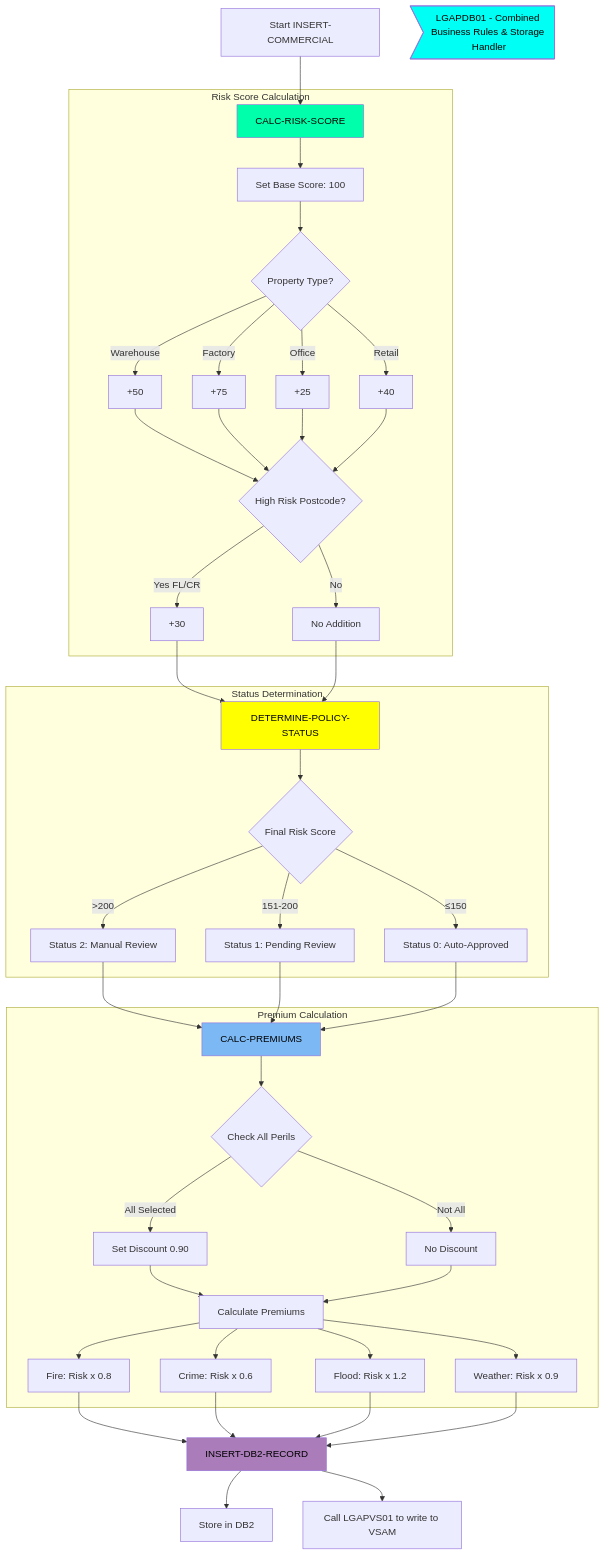
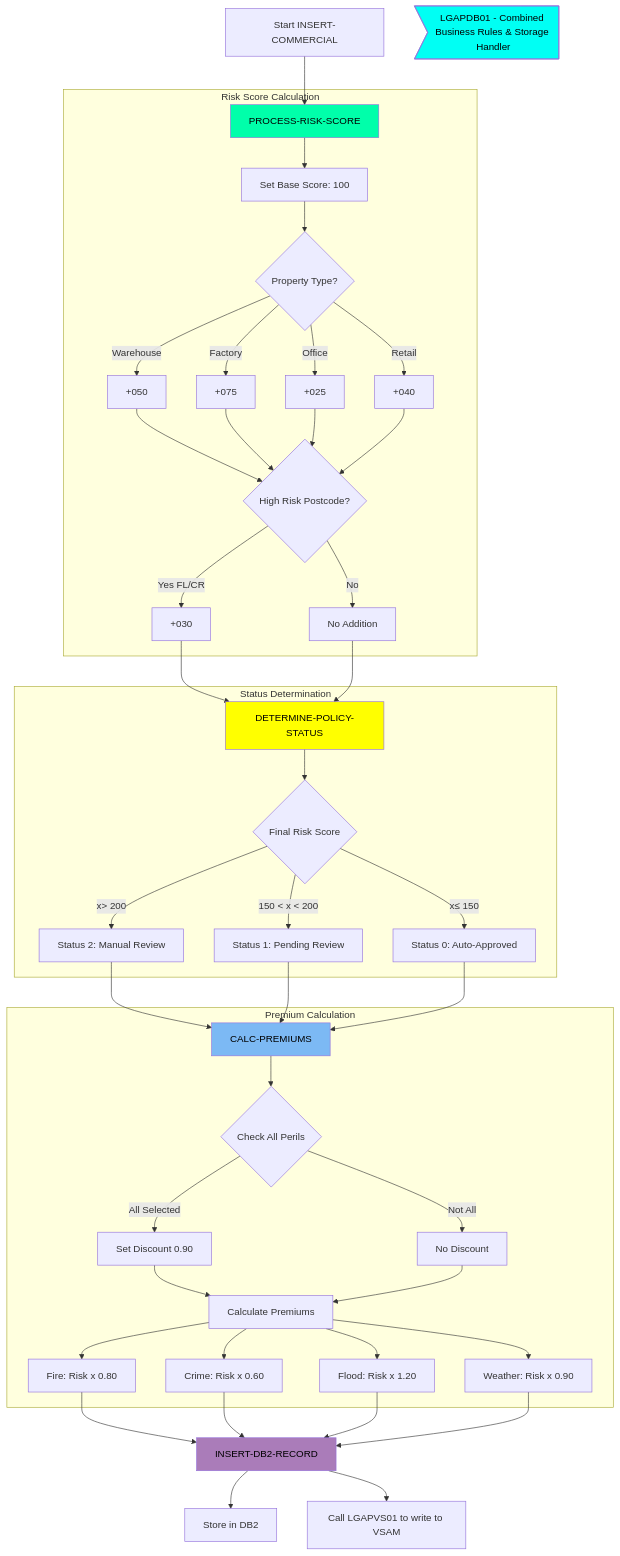
One commit to Swimm-Demo/kyndryl-cics-genapp changed the first of 5 diagrams in .swm/commercial-property-policy-management.ss2iskfn.sw.md. Above: the diagram before and after it, drawn with Mermaid. The commit also changed other lines of this file and 2 other files, not shown here.

````diff
--- a/.swm/commercial-property-policy-management.ss2iskfn.sw.md
+++ b/.swm/commercial-property-policy-management.ss2iskfn.sw.md
@@ -14,16 +14,16 @@
 ```mermaid
 flowchart TD
-    A[Start INSERT-COMMERCIAL] --> B[CALC-RISK-SCORE]:::a261ec6c4
+    A[Start INSERT-COMMERCIAL] --> B[PROCESS-RISK-SCORE]:::a261ec6c4
     label>LGAPDB01 - Combined Business Rules & Storage Handler]:::a4f5fbfea
     subgraph Risk Score Calculation
-        B --> C[Set Base Score: 100 ]
+        B --> C[Set Base Score: 100]
         C --> D{Property Type?}
-        D -->|Warehouse| E[+50]
-        D -->|Factory| F[+75]
-        D -->|Office| G[+25]
-        D -->|Retail| H[+40]
+        D -->|Warehouse| E[+050]
+        D -->|Factory| F[+075]
+        D -->|Office| G[+025]
+        D -->|Retail| H[+040]
         E & F & G & H --> I{High Risk Postcode?}
-        I -->|Yes FL/CR| J[+30]
+        I -->|Yes FL/CR| J[+030]
         I -->|No| K[No Addition]
     end
 
@@ -31,9 +31,9 @@
 
     subgraph Status Determination
         L --> M{Final Risk Score}
-        M -->|>200| N[Status 2: Manual Review]
-        M -->|151-200| O[Status 1: Pending Review]
-        M -->|≤150| P[Status 0: Auto-Approved]
+        M -->|x> 200 | N[Status 2: Manual Review]
+        M -->|150 < x < 200| O[Status 1: Pending Review]
+        M -->|x≤ 150| P[Status 0: Auto-Approved]
     end
 
     N & O & P --> Q[CALC-PREMIUMS]:::a0b8c7d0e
@@ -43,10 +43,10 @@
         R -->|All Selected| S[Set Discount 0.90]
         R -->|Not All| T[No Discount]
         S & T --> U[Calculate Premiums]
-        U --> V1[Fire: Risk x 0.8]
-        U --> V2[Crime: Risk x 0.6]
-        U --> V3[Flood: Risk x 1.2]
-        U --> V4[Weather: Risk x 0.9]
+        U --> V1[Fire: Risk x 0.80]
+        U --> V2[Crime: Risk x 0.60]
+        U --> V3[Flood: Risk x 1.20]
+        U --> V4[Weather: Risk x 0.90]
     end
 
     V1 & V2 & V3 & V4 --> W[INSERT-DB2-RECORD]:::a0298c687
@@ -59,4 +59,53 @@
 classDef a4271316e color:#000000,fill:#FFFF00
 classDef a0298c687 color:#000000,fill:#AA7CB9
 classDef a911b8d83 color:#000000,fill:#5afa0a
+
+%% Swimm:
+%% flowchart TD
+%%     A[Start INSERT-COMMERCIAL] --> B[<SwmToken path="/base/src/lgcomcal.cbl" pos="277:1:5" line-data="       PROCESS-RISK-SCORE.">`PROCESS-RISK-SCORE`</SwmToken>]:::a261ec6c4
+%%     label><SwmToken path="/base/src/lgapdb01.cbl" pos="2:6:6" line-data="       PROGRAM-ID. LGAPDB01.">`LGAPDB01`</SwmToken> - Combined Business Rules & Storage Handler]:::a4f5fbfea
+%%     subgraph Risk Score Calculation
+%%         B --> C[Set Base Score: <SwmToken path="/base/src/lgcomcal.cbl" pos="115:18:18" line-data="           03 WS-TM-BASE               PIC 9(3) VALUE 100.">`100`</SwmToken>]
+%%         C --> D{Property Type?}
+%%         D -->|Warehouse| E[+<SwmToken path="/base/src/lgcomdat.cpy" pos="77:20:20" line-data="                   07  RMS-PF-W-VAL     PIC 9(3) VALUE 050.">`050`</SwmToken>]
+%%         D -->|Factory| F[+<SwmToken path="/base/src/lgcomdat.cpy" pos="78:20:20" line-data="                   07  RMS-PF-F-VAL     PIC 9(3) VALUE 075.">`075`</SwmToken>]
+%%         D -->|Office| G[+<SwmToken path="/base/src/lgcomdat.cpy" pos="79:20:20" line-data="                   07  RMS-PF-O-VAL     PIC 9(3) VALUE 025.">`025`</SwmToken>]
+%%         D -->|Retail| H[+<SwmToken path="/base/src/lgcomdat.cpy" pos="80:20:20" line-data="                   07  RMS-PF-R-VAL     PIC 9(3) VALUE 040.">`040`</SwmToken>]
+%%         E & F & G & H --> I{High Risk Postcode?}
+%%         I -->|Yes FL/CR| J[+<SwmToken path="/base/src/lgcomdat.cpy" pos="86:20:20" line-data="                   07  RMS-GF-FL-VAL    PIC 9(3) VALUE 030.">`030`</SwmToken>]
+%%         I -->|No| K[No Addition]
+%%     end
+%% 
+%%     J & K --> L[<SwmToken path="/base/src/lgcomcal.cbl" pos="330:1:5" line-data="       DETERMINE-POLICY-STATUS.">`DETERMINE-POLICY-STATUS`</SwmToken>]:::a4271316e 
+%% 
+%%     subgraph Status Determination
+%%         L --> M{Final Risk Score}
+%%         M -->|x> <SwmToken path="/base/src/lgcomdat.cpy" pos="94:20:20" line-data="                   07  RMS-TH-L2-VAL    PIC 9(3) VALUE 200.">`200`</SwmToken> | N[Status 2: Manual Review]
+%%         M -->|<SwmToken path="/base/src/lgcomdat.cpy" pos="93:20:20" line-data="                   07  RMS-TH-L1-VAL    PIC 9(3) VALUE 150.">`150`</SwmToken> < x < <SwmToken path="/base/src/lgcomdat.cpy" pos="94:20:20" line-data="                   07  RMS-TH-L2-VAL    PIC 9(3) VALUE 200.">`200`</SwmToken>| O[Status 1: Pending Review]
+%%         M -->|x≤ <SwmToken path="/base/src/lgcomdat.cpy" pos="93:20:20" line-data="                   07  RMS-TH-L1-VAL    PIC 9(3) VALUE 150.">`150`</SwmToken>| P[Status 0: Auto-Approved]
+%%     end
+%% 
+%%     N & O & P --> Q[CALC-PREMIUMS]:::a0b8c7d0e
+%% 
+%%     subgraph Premium Calculation
+%%         Q --> R{Check All Perils}
+%%         R -->|All Selected| S[Set Discount <SwmToken path="/base/src/lgcomdat.cpy" pos="106:15:17" line-data="           03  RMS-DISCOUNT-FACTOR      PIC V99 VALUE 0.90.">`0.90`</SwmToken>]
+%%         R -->|Not All| T[No Discount]
+%%         S & T --> U[Calculate Premiums]
+%%         U --> V1[Fire: Risk x <SwmToken path="/base/src/lgcomdat.cpy" pos="102:17:19" line-data="                   07  RMS-PERF-F-VAL   PIC V99 VALUE 0.80.">`0.80`</SwmToken>]
+%%         U --> V2[Crime: Risk x <SwmToken path="/base/src/lgcomdat.cpy" pos="103:17:19" line-data="                   07  RMS-PERF-C-VAL   PIC V99 VALUE 0.60.">`0.60`</SwmToken>]
+%%         U --> V3[Flood: Risk x <SwmToken path="/base/src/lgcomdat.cpy" pos="104:17:19" line-data="                   07  RMS-PERF-FL-VAL  PIC V99 VALUE 1.20.">`1.20`</SwmToken>]
+%%         U --> V4[Weather: Risk x <SwmToken path="/base/src/lgcomdat.cpy" pos="105:17:19" line-data="                   07  RMS-PERF-W-VAL   PIC V99 VALUE 0.90.">`0.90`</SwmToken>]
+%%     end
+%% 
+%%     V1 & V2 & V3 & V4 --> W[INSERT-DB2-RECORD]:::a0298c687
+%%     W --> X[Store in DB2]
+%%     W --> Y[Call LGAPVS01 to write to VSAM]
+%% 
+%% classDef a0b8c7d0e color:#000000,fill:#7CB9F4
+%% classDef a261ec6c4 color:#000000,fill:#00FFAA
+%% classDef a4f5fbfea color:#000000,fill:#00FFF4
+%% classDef a4271316e color:#000000,fill:#FFFF00
+%% classDef a0298c687 color:#000000,fill:#AA7CB9
+%% classDef a911b8d83 color:#000000,fill:#5afa0a
 ```
````
